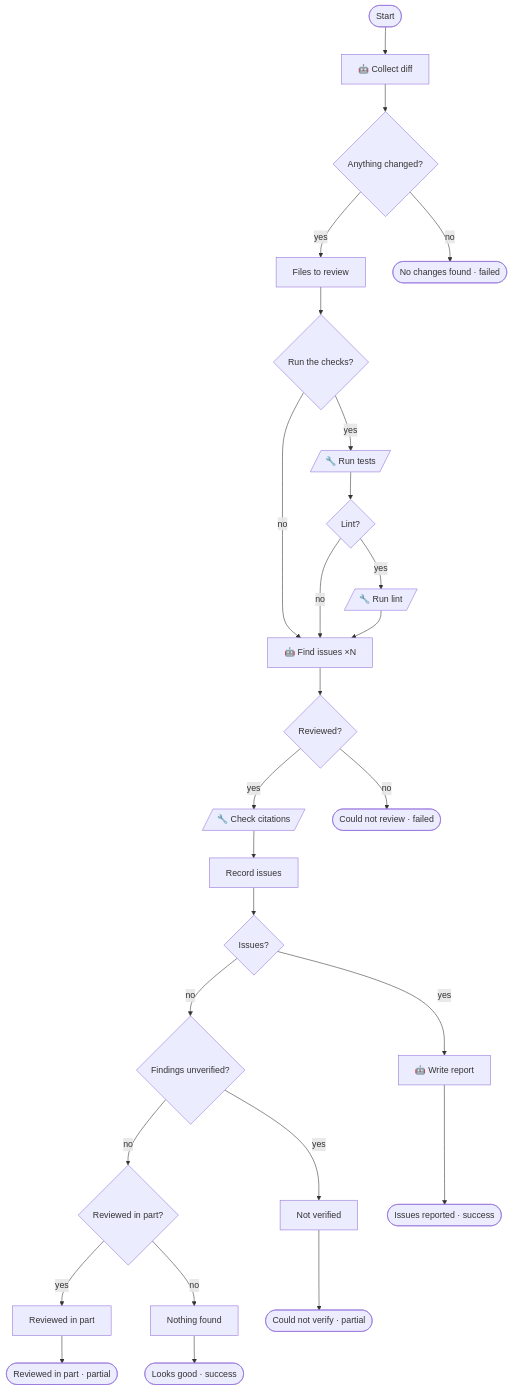
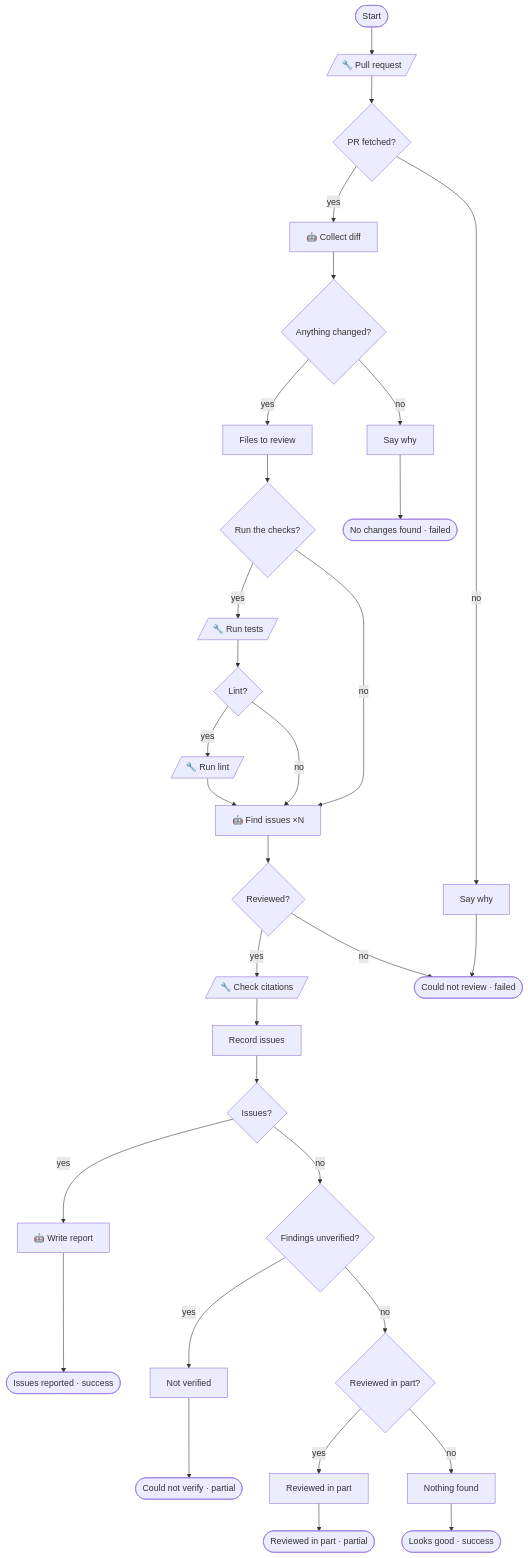
One commit to pirty6/symphony-core changed the sixth of 7 diagrams in docs/patterns.md. Above: the diagram before and after it, drawn with Mermaid. The commit also changed other lines of this file and 3 other files, not shown here.

Commit message:
review: a PR link or number plays on the PR's checkout; every changed file accounted for; failures say why

````diff
--- a/docs/patterns.md
+++ b/docs/patterns.md
@@ -564,54 +576,63 @@
 ```mermaid
 flowchart TD
   n_start(["Start"])
+  n_prInfo[/"🔧 Pull request"/]
+  n_prFetched{"PR fetched?"}
+  n_noPr["Say why"]
   n_collect["🤖 Collect diff"]
   n_hasDiff{"Anything changed?"}
   n_capFiles["Files to review"]
   n_verifyOn{"Run the checks?"}
   n_runTests[/"🔧 Run tests"/]
   n_hasLint{"Lint?"}
   n_runLint[/"🔧 Run lint"/]
   n_analyze["🤖 Find issues ×N"]
   n_analyzed{"Reviewed?"}
   n_checkReview[/"🔧 Check citations"/]
   n_mergeReview["Record issues"]
   n_hasIssues{"Issues?"}
   n_report["🤖 Write report"]
   n_anyUnverified{"Findings unverified?"}
   n_unverifiedReport["Not verified"]
   n_anyGaps{"Reviewed in part?"}
   n_partReport["Reviewed in part"]
   n_cleanReport["Nothing found"]
   n_issues(["Issues reported · success"])
   n_clean(["Looks good · success"])
   n_notVerified(["Could not verify · partial"])
   n_partlyReviewed(["Reviewed in part · partial"])
+  n_noDiffReport["Say why"]
   n_noDiff(["No changes found · failed"])
   n_notReviewed(["Could not review · failed"])
-  n_start --> n_collect
+  n_start --> n_prInfo
+  n_prInfo --> n_prFetched
+  n_prFetched -->|"yes"| n_collect
+  n_prFetched -->|"no"| n_noPr
+  n_noPr --> n_notReviewed
   n_collect --> n_hasDiff
   n_hasDiff -->|"yes"| n_capFiles
-  n_hasDiff -->|"no"| n_noDiff
+  n_hasDiff -->|"no"| n_noDiffReport
+  n_noDiffReport --> n_noDiff
   n_capFiles --> n_verifyOn
   n_verifyOn -->|"yes"| n_runTests
   n_verifyOn -->|"no"| n_analyze
   n_runTests --> n_hasLint
   n_hasLint -->|"yes"| n_runLint
   n_hasLint -->|"no"| n_analyze
   n_runLint --> n_analyze
   n_analyze --> n_analyzed
   n_analyzed -->|"yes"| n_checkReview
   n_analyzed -->|"no"| n_notReviewed
   n_checkReview --> n_mergeReview
   n_mergeReview --> n_hasIssues
   n_hasIssues -->|"yes"| n_report
   n_hasIssues -->|"no"| n_anyUnverified
   n_report --> n_issues
   n_anyUnverified -->|"yes"| n_unverifiedReport
   n_anyUnverified -->|"no"| n_anyGaps
   n_unverifiedReport --> n_notVerified
   n_anyGaps -->|"yes"| n_partReport
   n_anyGaps -->|"no"| n_cleanReport
   n_partReport --> n_partlyReviewed
   n_cleanReport --> n_clean
 ```
````
